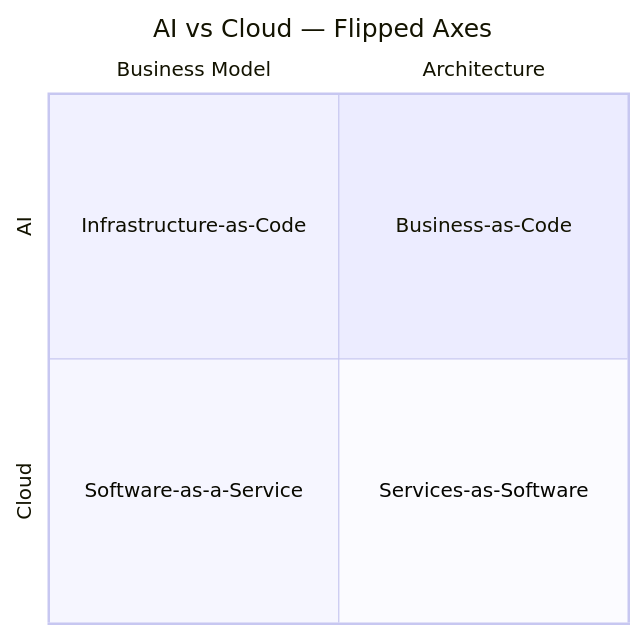
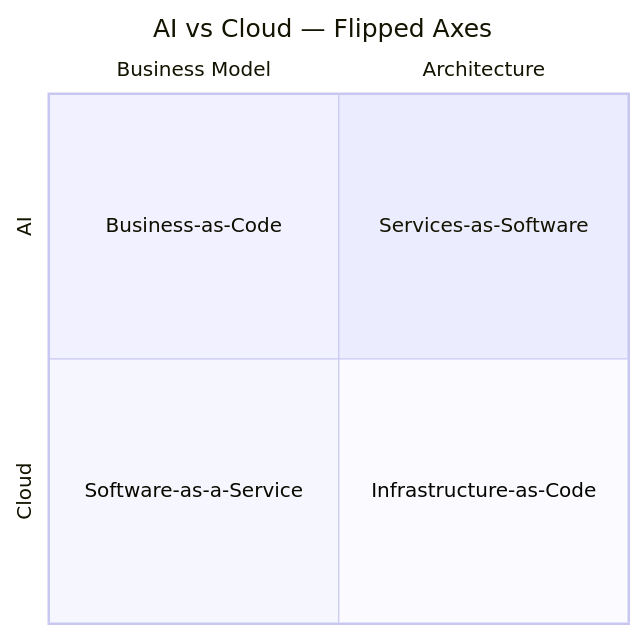
One commit to nathanclevenger/services-as-software changed the diagram in README.md. Above: the diagram before and after it, drawn with Mermaid.

````diff
--- a/README.md
+++ b/README.md
@@ -21,11 +21,11 @@
 ```mermaid
 quadrantChart
     title AI vs Cloud — Flipped Axes
     x-axis Business Model --> Architecture
     y-axis Cloud --> AI
 
-    quadrant-1 Business-as-Code
-    quadrant-2 Infrastructure-as-Code
+    quadrant-1 Services-as-Software
+    quadrant-2 Business-as-Code
     quadrant-3 Software-as-a-Service
-    quadrant-4 Services-as-Software
+    quadrant-4 Infrastructure-as-Code
 ```
````
